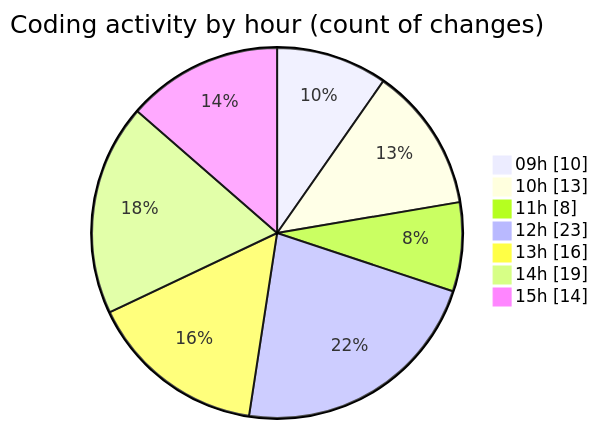
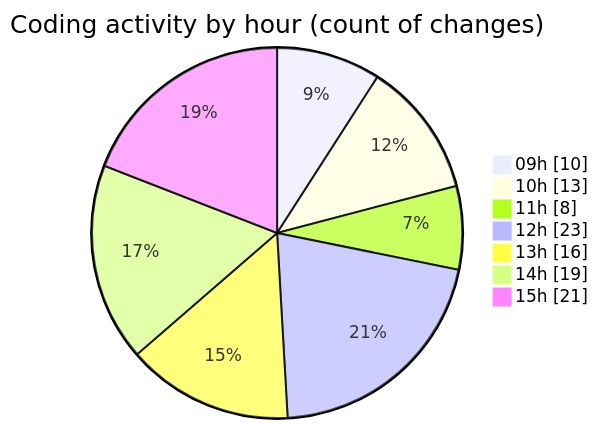
The second of 2 diagrams in 2025-03-07/cda/README.md (momahboobian/code-tracking), drawn with Mermaid before and after one commit. The commit also changed other lines of this file and 1 other file, not shown here.

````diff
--- a/2025-03-07/cda/README.md
+++ b/2025-03-07/cda/README.md
@@ -48,11 +48,11 @@
 ```mermaid
 pie showData
 title Coding activity by hour (count of changes)
 "09h" : 10
 "10h" : 13
 "11h" : 8
 "12h" : 23
 "13h" : 16
 "14h" : 19
-"15h" : 14
+"15h" : 21
 ```
````
